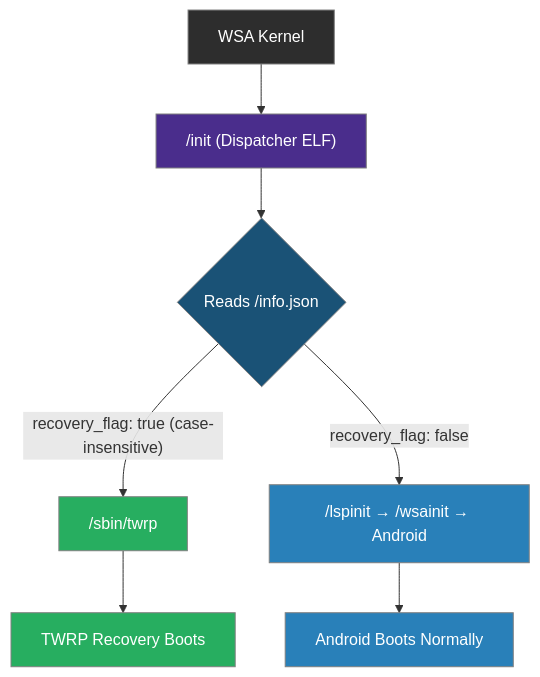
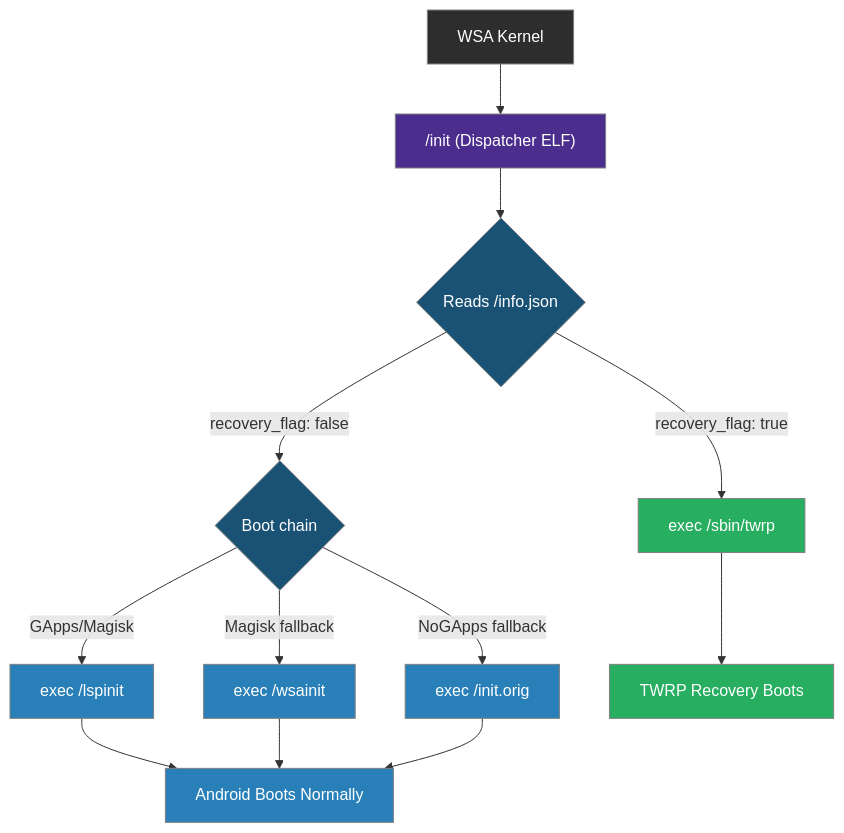
The first of 3 diagrams in README.md (WSA-Installer/twrp-for-wsa), drawn with Mermaid before and after one commit. The commit also changed other lines of this file and 4 other files, not shown here.

````diff
--- a/README.md
+++ b/README.md
@@ -234,17 +234,25 @@
 ```mermaid
 flowchart TD
     A[WSA Kernel] --> B["/init (Dispatcher ELF)"]
     B --> C{Reads /info.json}
-    C -->|"recovery_flag: true (case-insensitive)"| D["/sbin/twrp"]
-    C -->|"recovery_flag: false"| E["/lspinit → /wsainit → Android"]
-    D --> F[TWRP Recovery Boots]
-    E --> G[Android Boots Normally]
+    C -->|"recovery_flag: true"| D["exec /sbin/twrp"]
+    C -->|"recovery_flag: false"| F{Boot chain}
+    F -->|GApps/Magisk| G["exec /lspinit"]
+    F -->|Magisk fallback| H["exec /wsainit"]
+    F -->|NoGApps fallback| I["exec /init.orig"]
+    D --> E[TWRP Recovery Boots]
+    G --> J[Android Boots Normally]
+    H --> J
+    I --> J
 
     style A fill:#2d2d2d,stroke:#808080,color:#fff
     style B fill:#4a2d8c,stroke:#808080,color:#fff
     style C fill:#1a5276,stroke:#808080,color:#fff
     style D fill:#27ae60,stroke:#808080,color:#fff
-    style E fill:#2980b9,stroke:#808080,color:#fff
-    style F fill:#27ae60,stroke:#808080,color:#fff
+    style E fill:#27ae60,stroke:#808080,color:#fff
+    style F fill:#1a5276,stroke:#808080,color:#fff
     style G fill:#2980b9,stroke:#808080,color:#fff
+    style H fill:#2980b9,stroke:#808080,color:#fff
+    style I fill:#2980b9,stroke:#808080,color:#fff
+    style J fill:#2980b9,stroke:#808080,color:#fff
 ```
````
